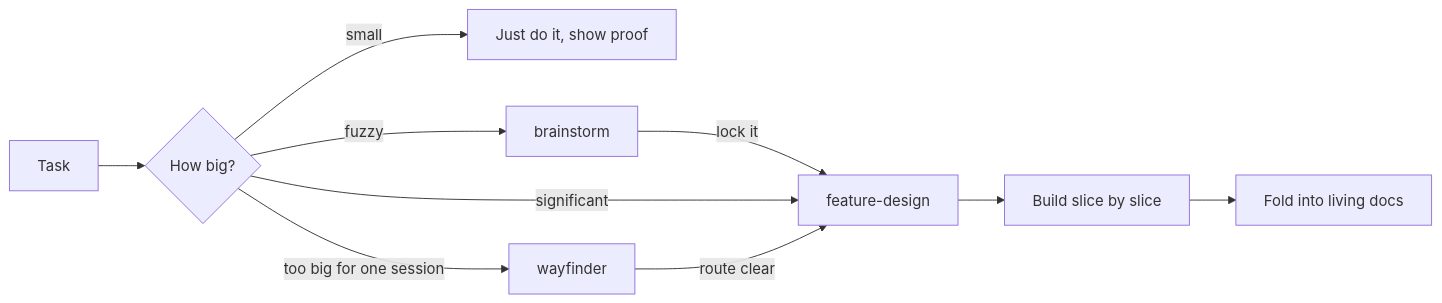
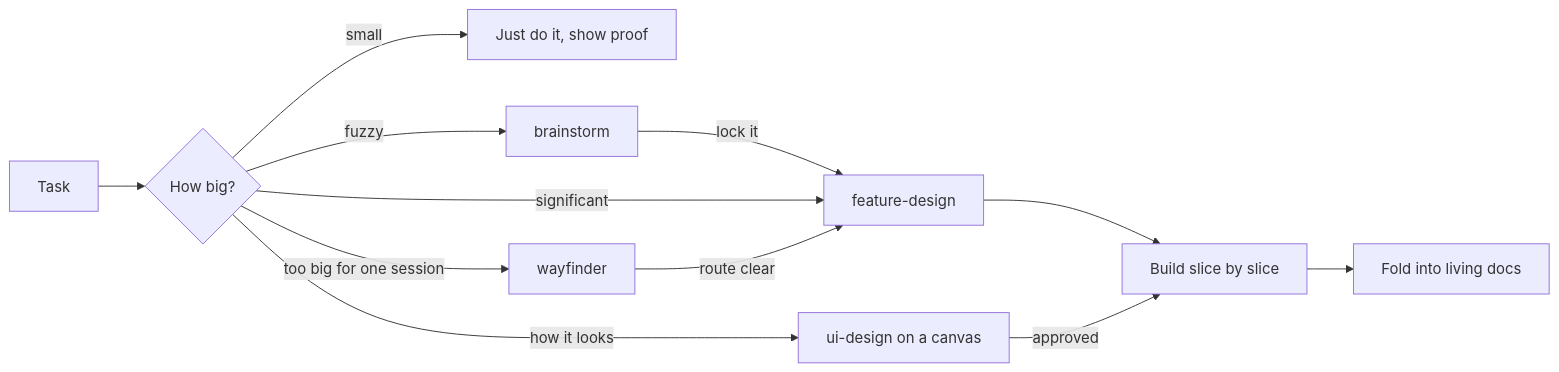
One commit to LaiAnTan/agentic-setup changed the diagram in README.md. Above: the diagram before and after it, drawn with Mermaid. The commit also changed other lines of this file and 3 other files, not shown here.

First line of the commit message:
Add ui-design skill: design UI on an artifact canvas before code

````diff
--- a/README.md
+++ b/README.md
@@ -32,12 +32,14 @@
 ```mermaid
 flowchart LR
   T[Task] --> Z{How big?}
   Z -- small --> J[Just do it, show proof]
   Z -- fuzzy --> B[brainstorm]
   B -- lock it --> D[feature-design]
   Z -- significant --> D
   Z -- too big for one session --> W[wayfinder]
   W -- route clear --> D
   D --> S[Build slice by slice]
   S --> F[Fold into living docs]
+  Z -- how it looks --> U[ui-design on a canvas]
+  U -- approved --> S
 ```
````
